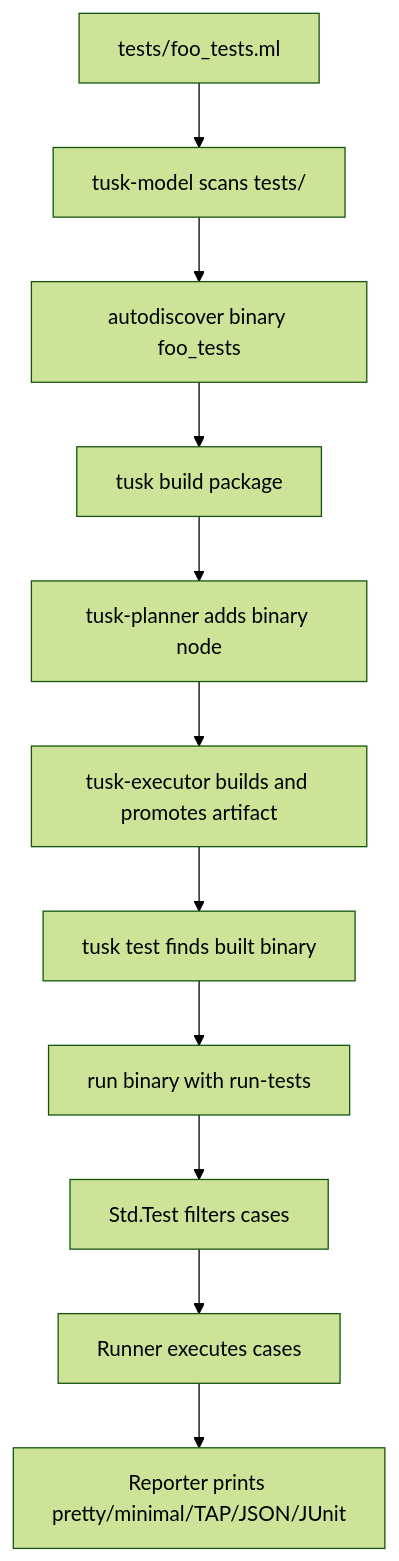
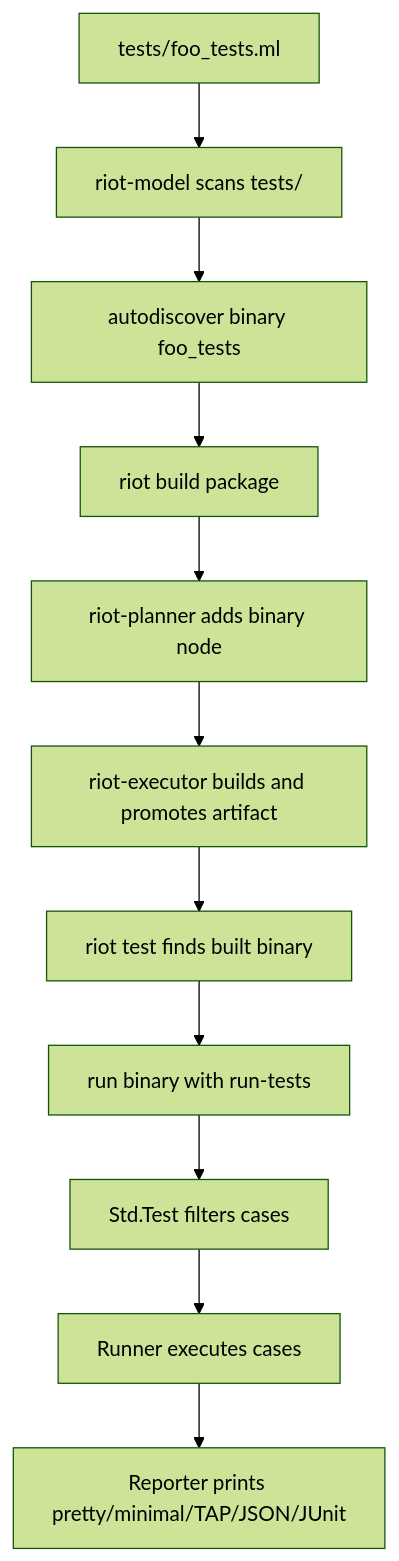
One commit to leostera/riot-lang changed the diagram in docs/rfds/RFD0009-testing-system-snapshot.md. Above: the diagram before and after it, drawn with Mermaid (forest theme). The commit also changed other lines of this file and 1272 other files, not shown here.

````diff
--- a/docs/rfds/RFD0009-testing-system-snapshot.md
+++ b/docs/rfds/RFD0009-testing-system-snapshot.md
@@ -85,13 +85,13 @@
 ```mermaid
 flowchart TD
-  A[tests/foo_tests.ml] --> B[tusk-model scans tests/]
+  A[tests/foo_tests.ml] --> B[riot-model scans tests/]
   B --> C[autodiscover binary foo_tests]
-  C --> D[tusk build package]
-  D --> E[tusk-planner adds binary node]
-  E --> F[tusk-executor builds and promotes artifact]
-  F --> G[tusk test finds built binary]
+  C --> D[riot build package]
+  D --> E[riot-planner adds binary node]
+  E --> F[riot-executor builds and promotes artifact]
+  F --> G[riot test finds built binary]
   G --> H[run binary with run-tests]
   H --> I[Std.Test filters cases]
   I --> J[Runner executes cases]
   J --> K[Reporter prints pretty/minimal/TAP/JSON/JUnit]
 ```
````
